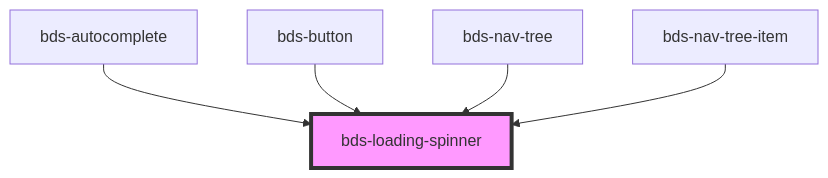
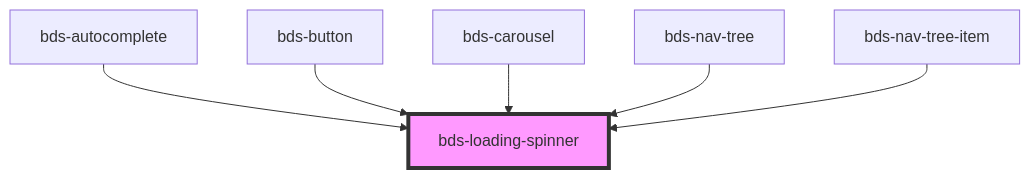
One commit to takenet/blip-ds changed the diagram in src/components/loading-spinner/readme.md. Above: the diagram before and after it, drawn with Mermaid. The commit also changed other lines of this file and 7 other files, not shown here.

````diff
--- a/src/components/loading-spinner/readme.md
+++ b/src/components/loading-spinner/readme.md
@@ -28,8 +29,9 @@
 ```mermaid
 graph TD;
   bds-autocomplete --> bds-loading-spinner
   bds-button --> bds-loading-spinner
+  bds-carousel --> bds-loading-spinner
   bds-nav-tree --> bds-loading-spinner
   bds-nav-tree-item --> bds-loading-spinner
   style bds-loading-spinner fill:#f9f,stroke:#333,stroke-width:4px
 ```
````
